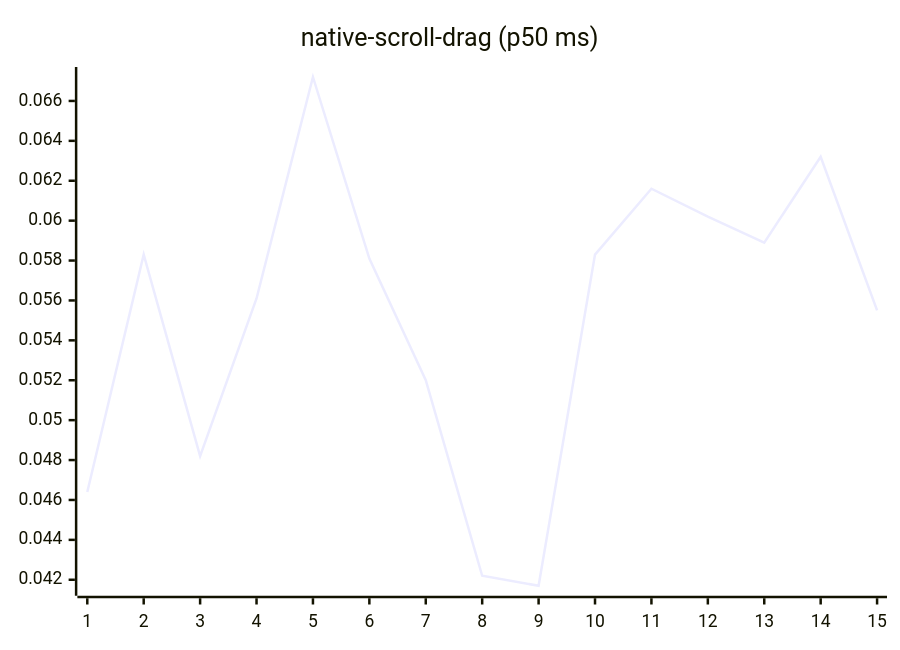
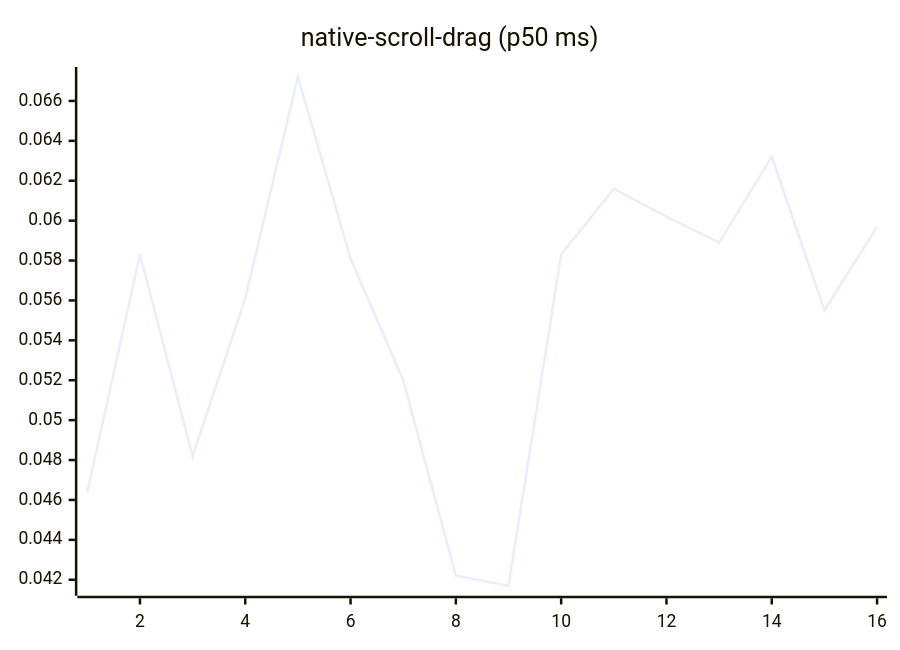
One commit to josha/Facet changed diagram 14 of 27 in README.md. Above: the diagram before and after it, drawn with Mermaid. The commit also changed other lines of this file and 2 other files, not shown here.

````diff
--- a/README.md
+++ b/README.md
@@ -154,6 +154,6 @@
 ```mermaid
 xychart-beta
     title "native-scroll-drag (p50 ms)"
-    x-axis 1 --> 15
-    line [0.0464, 0.0583, 0.0482, 0.0561, 0.0672, 0.0581, 0.0520, 0.0422, 0.0417, 0.0583, 0.0616, 0.0602, 0.0589, 0.0632, 0.0555]
+    x-axis 1 --> 16
+    line [0.0464, 0.0583, 0.0482, 0.0561, 0.0672, 0.0581, 0.0520, 0.0422, 0.0417, 0.0583, 0.0616, 0.0602, 0.0589, 0.0632, 0.0555, 0.0597]
 ```
````
